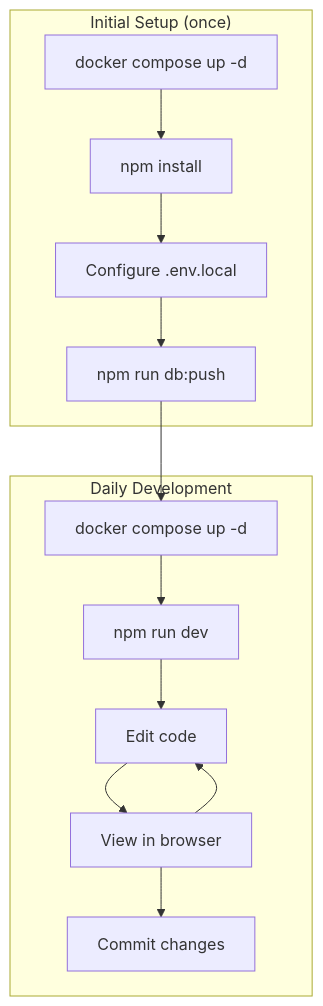
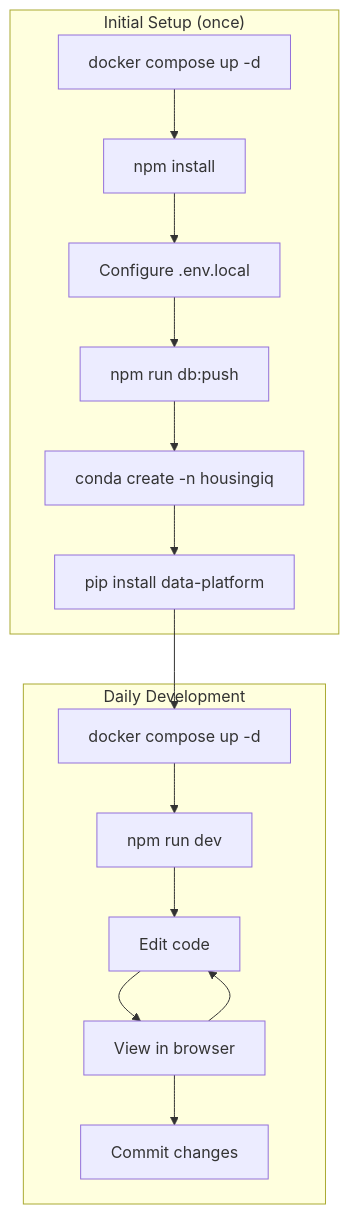
Before and after one commit to HousingIQ/housingiq-app: the third of 3 diagrams in docs/07-setup-guide.md, drawn with Mermaid. The commit also changed other lines of this file and 62 other files, not shown here.

Commit message:
add data platform, monorepo set up, documentations

````diff
--- a/docs/07-setup-guide.md
+++ b/docs/07-setup-guide.md
@@ -211,22 +263,24 @@
 ```mermaid
 flowchart TD
     subgraph Setup["Initial Setup (once)"]
         S1[docker compose up -d]
         S2[npm install]
         S3[Configure .env.local]
         S4[npm run db:push]
+        S5[conda create -n housingiq]
+        S6[pip install data-platform]
     end
 
     subgraph Daily["Daily Development"]
         D1[docker compose up -d]
         D2[npm run dev]
         D3[Edit code]
         D4[View in browser]
         D5[Commit changes]
     end
 
-    S1 --> S2 --> S3 --> S4
-    S4 --> D1
+    S1 --> S2 --> S3 --> S4 --> S5 --> S6
+    S6 --> D1
     D1 --> D2 --> D3 --> D4 --> D3
     D4 --> D5
 ```
````
